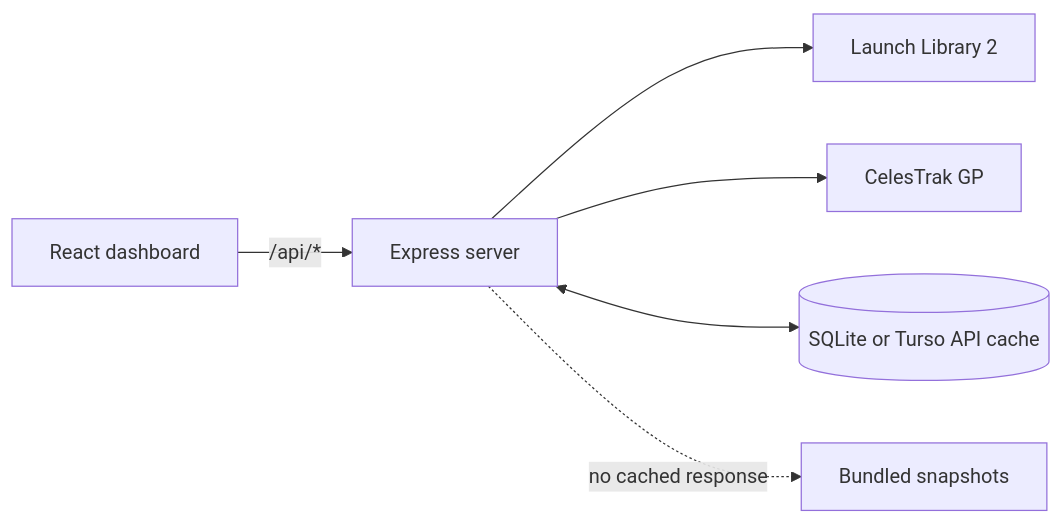
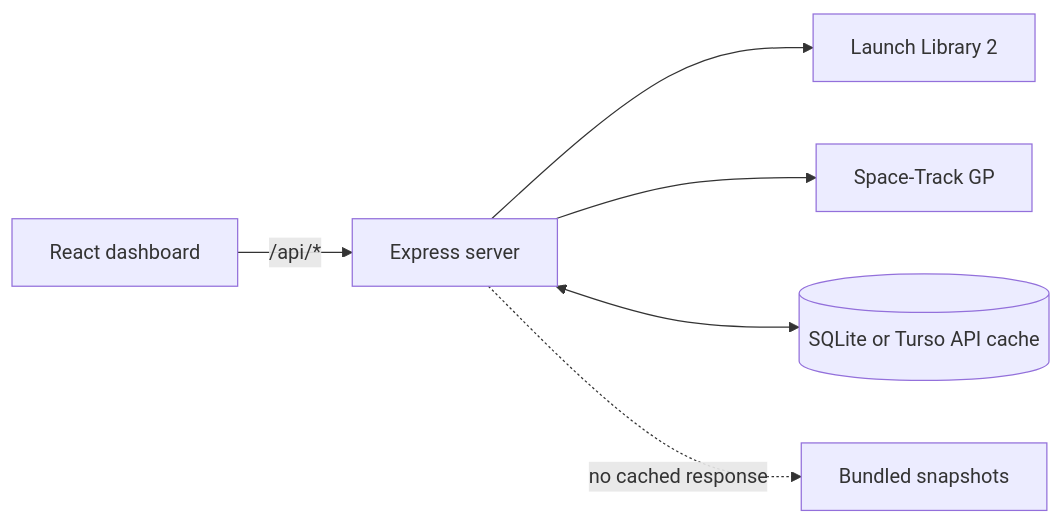
Before and after one commit to mathieulehan/spacex-mission-dashboard: the diagram in ARCHITECTURE.md, drawn with Mermaid. The commit also changed other lines of this file and 13 other files, not shown here.

First line of the commit message:
Switch Starlink orbital data from CelesTrak to Space-Track

````diff
--- a/ARCHITECTURE.md
+++ b/ARCHITECTURE.md
@@ -9,8 +9,8 @@
 ```mermaid
 flowchart LR
     UI[React dashboard] -->|/api/*| API[Express server]
     API --> LL2[Launch Library 2]
-    API --> CT[CelesTrak GP]
+    API --> CT[Space-Track GP]
     API <--> DB[(SQLite or Turso API cache)]
     API -. no cached response .-> BS[Bundled snapshots]
 ```
````
